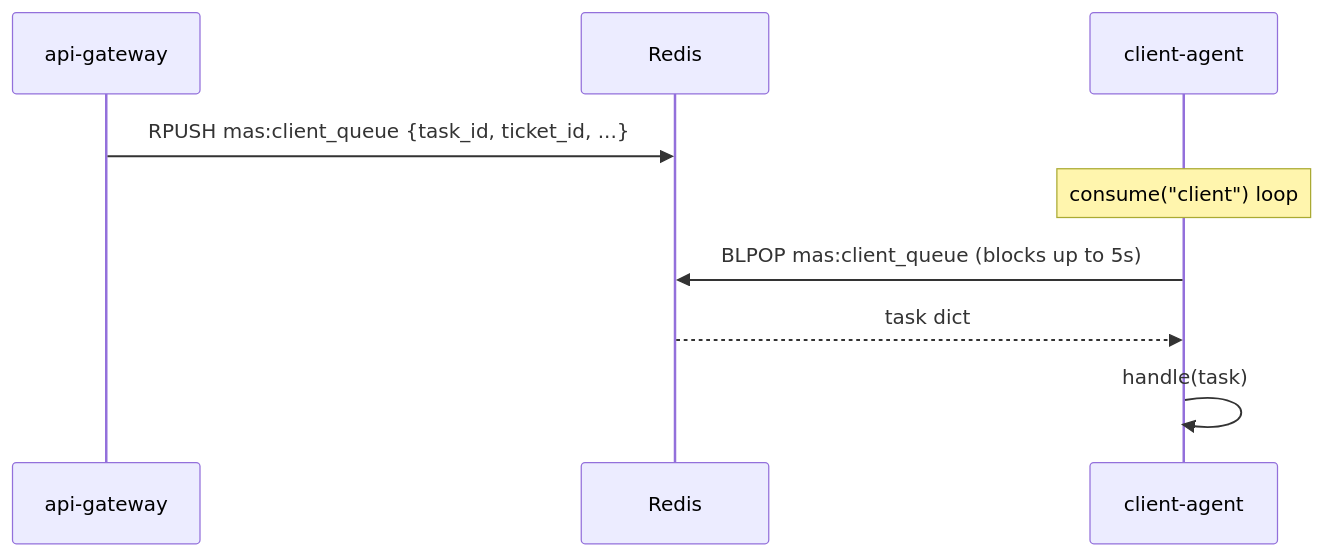
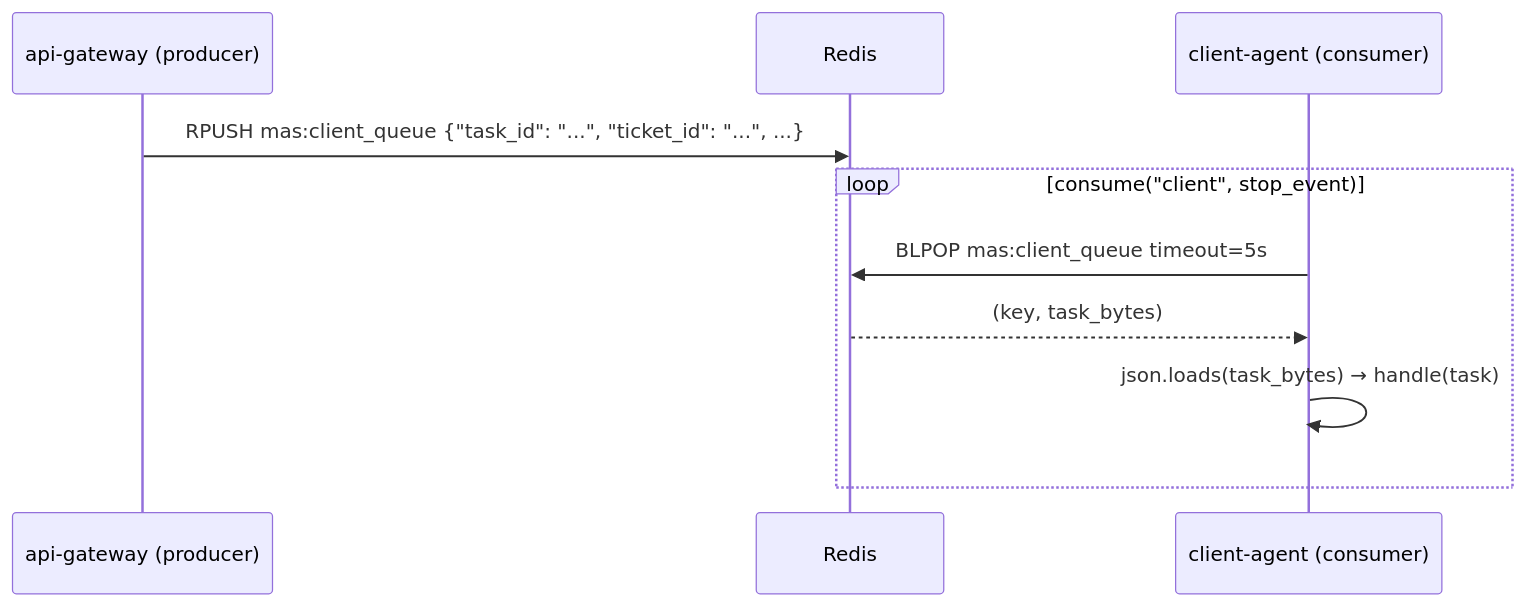
The second of 2 diagrams in services/shared/README.md (MT121201/SentinelMAS), drawn with Mermaid before and after one commit. The commit also changed other lines of this file and 2 other files, not shown here.

First line of the commit message:
docs: two-tier READMEs for ssh-vault, api-gateway, shared (Phase 1-2 retroactive)

````diff
--- a/services/shared/README.md
+++ b/services/shared/README.md
@@ -89,12 +137,14 @@
 ```mermaid
 sequenceDiagram
-    participant GW as api-gateway
+    participant GW as api-gateway (producer)
     participant Redis
-    participant CA as client-agent
+    participant CA as client-agent (consumer)
 
-    GW->>Redis: RPUSH mas:client_queue {task_id, ticket_id, ...}
-    Note over CA: consume("client") loop
-    CA->>Redis: BLPOP mas:client_queue (blocks up to 5s)
-    Redis-->>CA: task dict
-    CA->>CA: handle(task)
+    GW->>Redis: RPUSH mas:client_queue {"task_id": "...", "ticket_id": "...", ...}
+
+    loop consume("client", stop_event)
+        CA->>Redis: BLPOP mas:client_queue timeout=5s
+        Redis-->>CA: (key, task_bytes)
+        CA->>CA: json.loads(task_bytes) → handle(task)
+    end
 ```
````
